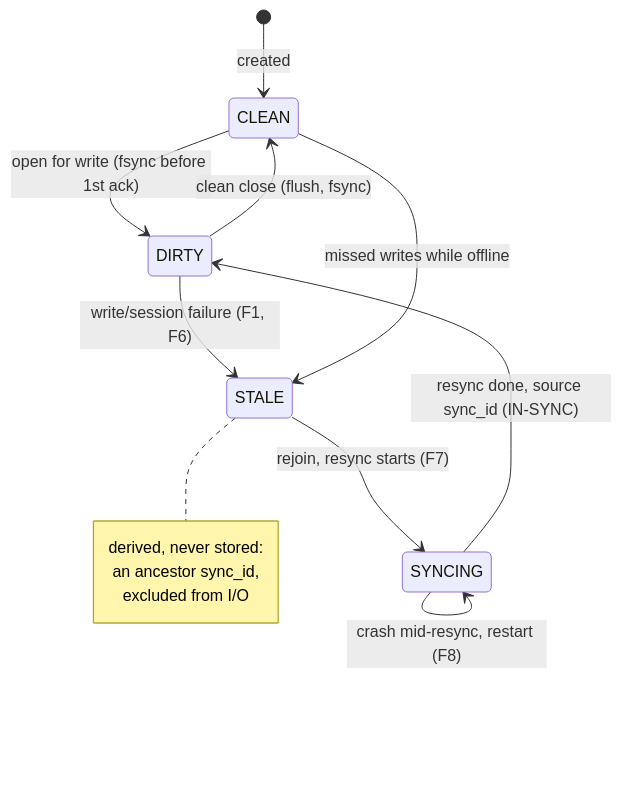
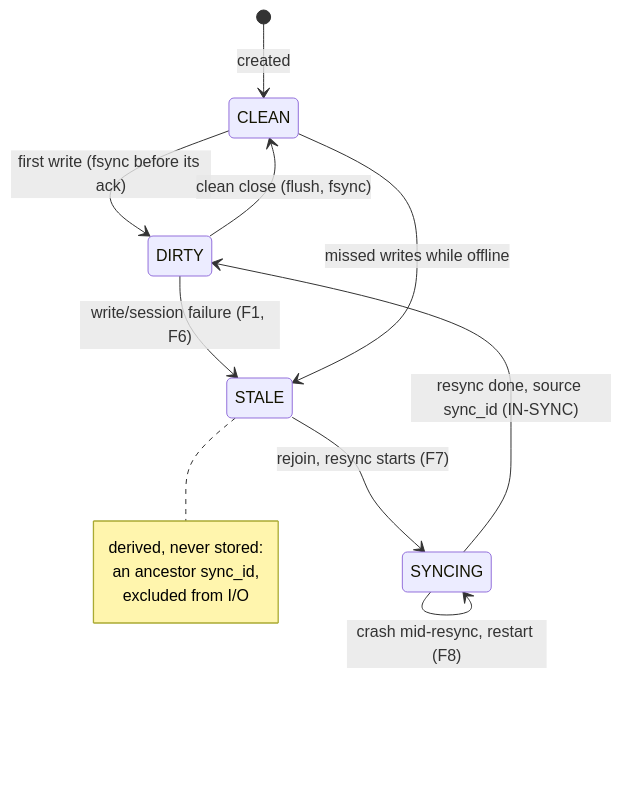
One commit to rawstor/librawstor changed the first of 5 diagrams in docs/mirroring.md. Above: the diagram before and after it, drawn with Mermaid. The commit also changed other lines of this file, not shown here.

First line of the commit message:
docs(mirroring): copies are marked DIRTY at the first write, not at open

````diff
--- a/docs/mirroring.md
+++ b/docs/mirroring.md
@@ -39,17 +39,17 @@
 ```mermaid
 stateDiagram-v2
     direction TB
     [*] --> CLEAN : created
-    CLEAN --> DIRTY : open for write (fsync before 1st ack)
+    CLEAN --> DIRTY : first write (fsync before its ack)
     DIRTY --> CLEAN : clean close (flush, fsync)
     DIRTY --> STALE : write/session failure (F1, F6)
     CLEAN --> STALE : missed writes while offline
     STALE --> SYNCING : rejoin, resync starts (F7)
     SYNCING --> SYNCING : crash mid-resync, restart (F8)
     SYNCING --> DIRTY : resync done, source sync_id (IN-SYNC)
     note right of STALE
         derived, never stored:
         an ancestor sync_id,
         excluded from I/O
     end note
 ```
````
